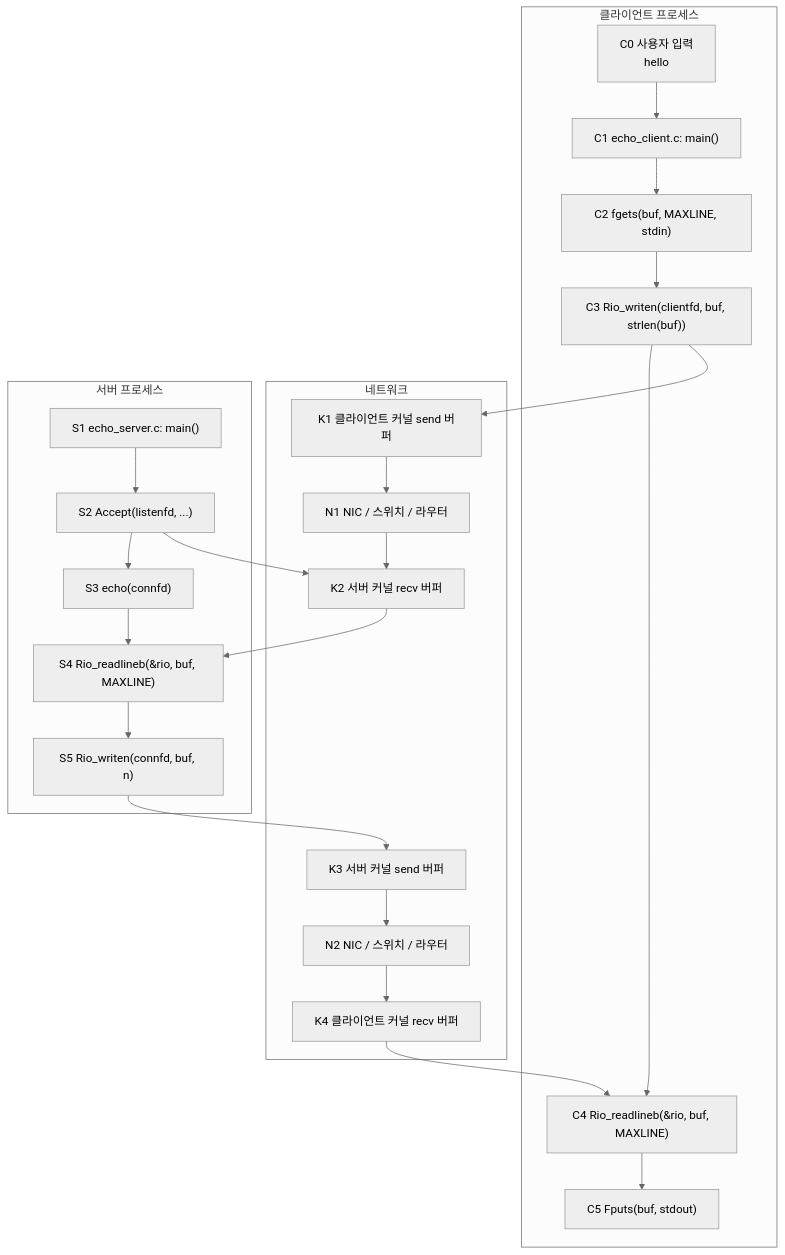
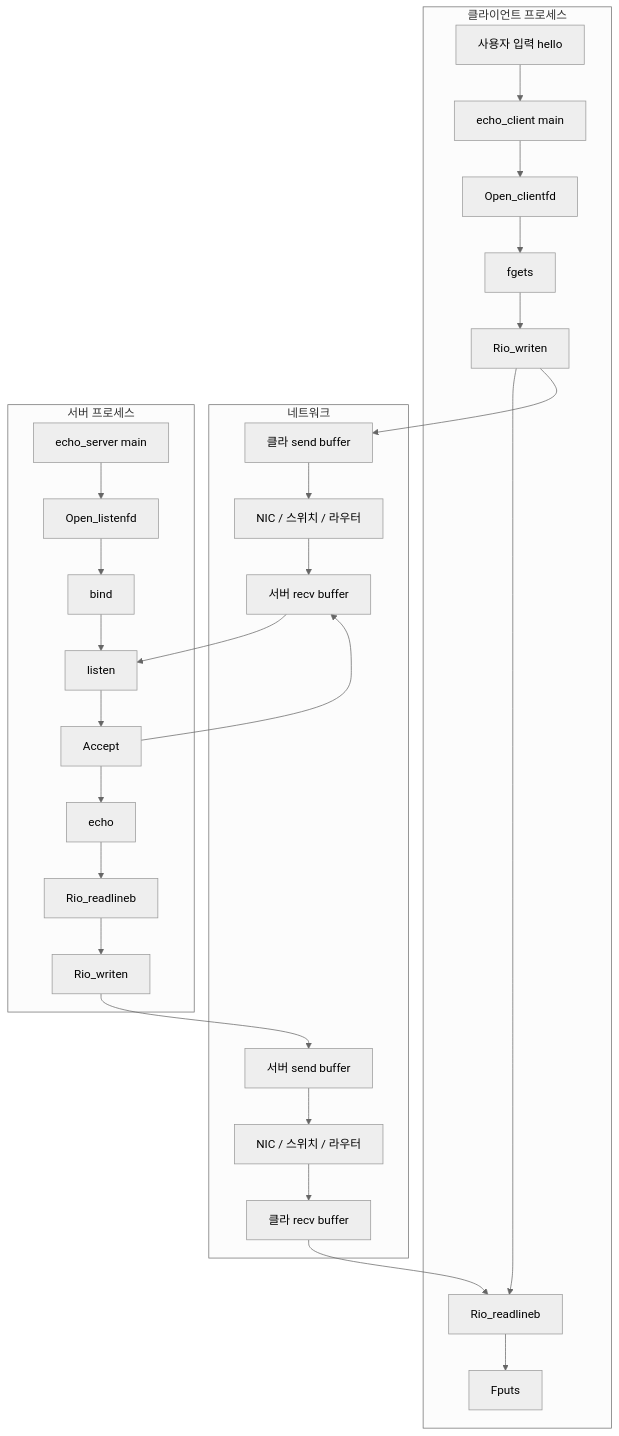
Before and after one commit to HyeYeonLee0112/SW-AI-W08-Webproxy-Lab: the first of 5 diagrams in docs/Study/클라이언트-서버 통신에서 데이터 이동 경로.md, drawn with Mermaid (neutral theme). The commit also changed other lines of this file and 9 other files, not shown here.

````diff
--- a/docs/Study/클라이언트-서버 통신에서 데이터 이동 경로.md
+++ b/docs/Study/클라이언트-서버 통신에서 데이터 이동 경로.md
@@ -8,35 +8,39 @@
 ```mermaid
-flowchart TD
+graph TD
   subgraph C["클라이언트 프로세스"]
-    C0["C0 사용자 입력<br/>hello"]
-    C1["C1 echo_client.c: main()"]
-    C2["C2 fgets(buf, MAXLINE, stdin)"]
-    C3["C3 Rio_writen(clientfd, buf, strlen(buf))"]
-    C4["C4 Rio_readlineb(&rio, buf, MAXLINE)"]
-    C5["C5 Fputs(buf, stdout)"]
-    C1 --> C2 --> C3 --> C4 --> C5
+    C0["사용자 입력 hello"]
+    C1["echo_client main"]
+    C2["Open_clientfd"]
+    C3["fgets"]
+    C4["Rio_writen"]
+    C5["Rio_readlineb"]
+    C6["Fputs"]
+    C1 --> C2 --> C3 --> C4 --> C5 --> C6
   end
 
   subgraph Net["네트워크"]
-    K1["K1 클라이언트 커널 send 버퍼"] --> N1["N1 NIC / 스위치 / 라우터"]
-    N1 --> K2["K2 서버 커널 recv 버퍼"]
-    K3["K3 서버 커널 send 버퍼"] --> N2["N2 NIC / 스위치 / 라우터"]
-    N2 --> K4["K4 클라이언트 커널 recv 버퍼"]
+    K1["클라 send buffer"] --> N1["NIC / 스위치 / 라우터"]
+    N1 --> K2["서버 recv buffer"]
+    K3["서버 send buffer"] --> N2["NIC / 스위치 / 라우터"]
+    N2 --> K4["클라 recv buffer"]
   end
 
   subgraph S["서버 프로세스"]
-    S1["S1 echo_server.c: main()"]
-    S2["S2 Accept(listenfd, ...)"]
-    S3["S3 echo(connfd)"]
-    S4["S4 Rio_readlineb(&rio, buf, MAXLINE)"]
-    S5["S5 Rio_writen(connfd, buf, n)"]
-    S1 --> S2 --> S3 --> S4 --> S5
+    S1["echo_server main"]
+    S2["Open_listenfd"]
+    S3["bind"]
+    S4["listen"]
+    S5["Accept"]
+    S6["echo"]
+    S7["Rio_readlineb"]
+    S8["Rio_writen"]
+    S1 --> S2 --> S3 --> S4 --> S5 --> S6 --> S7 --> S8
   end
 
   C0 --> C1
-  C3 --> K1
+  C4 --> K1
   K2 --> S4
-  S2 --> K2
-  S5 --> K3
-  K4 --> C4
+  S5 --> K2
+  S8 --> K3
+  K4 --> C5
 ```
````
